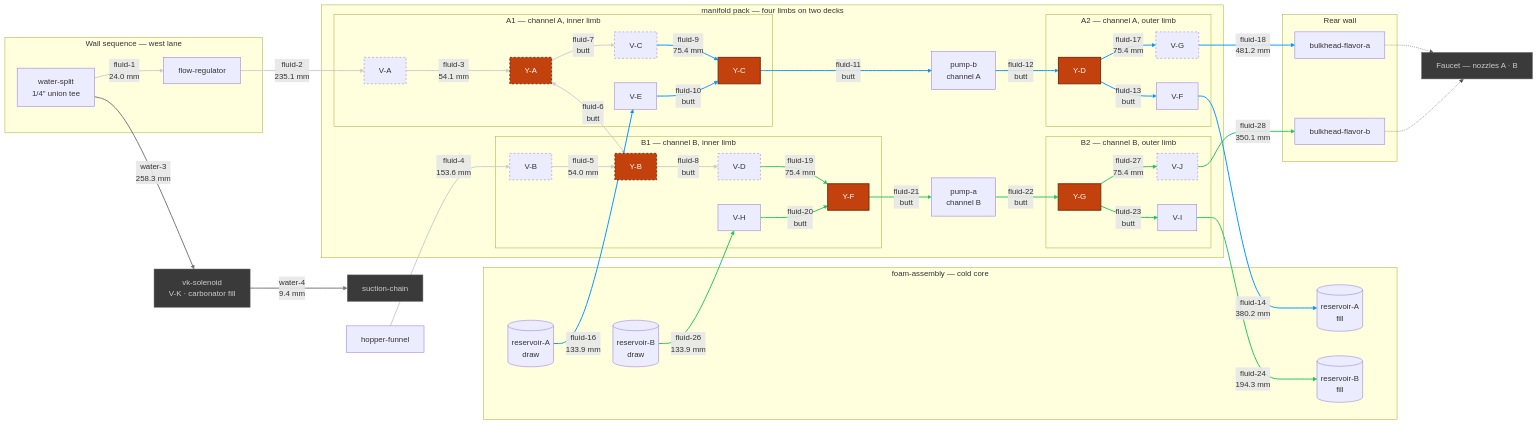
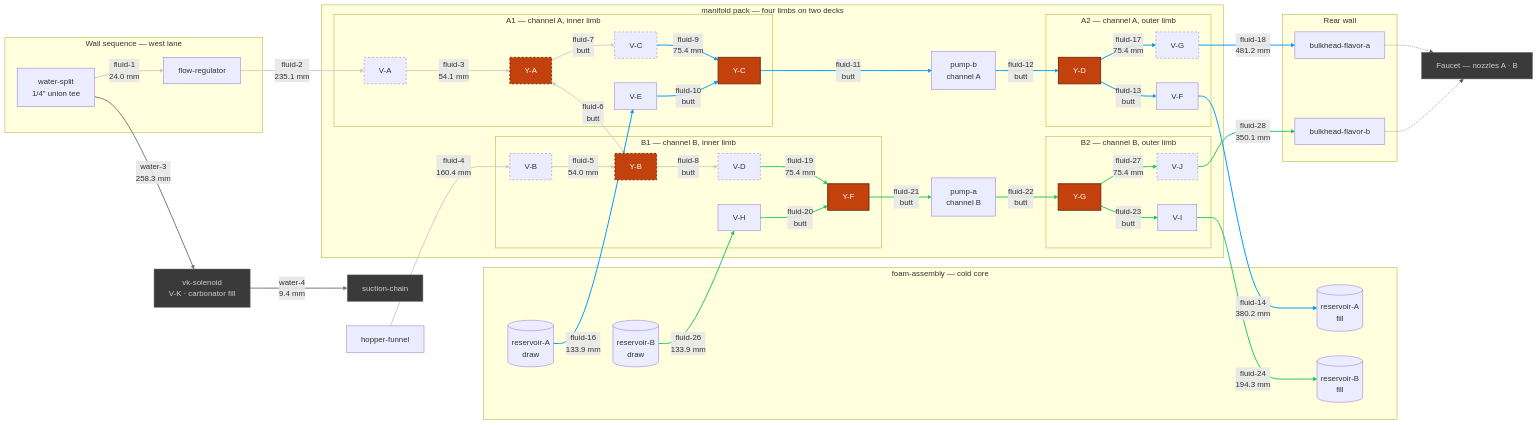
The diagram in hardware/topology/fluid-topology-manifold.mmd (derekbreden/homesodamachine), drawn with Mermaid before and after one commit. The commit also changed 38 other files, not shown here.

```diff
--- a/hardware/topology/fluid-topology-manifold.mmd
+++ b/hardware/topology/fluid-topology-manifold.mmd
@@ -14,7 +14,7 @@
   %% [26](SEGMENT_COUNT) flavor segments. [11](BUTT_COUNT) are collet butted to collet and carry
   %% no tube at all; [9](DRAWN_COUNT) are swept runs between placed bodies; the rest are the
   %% hinge's four hairpins and the source pair's two quarter-and-step turns. What is cut comes to
-  %% [2496.0 mm](FLUID_TOTAL) of 1/4" LLDPE over [44](FLUID_BENDS) corners, and the longest is
+  %% [2502.8 mm](FLUID_TOTAL) of 1/4" LLDPE over [44](FLUID_BENDS) corners, and the longest is
   %% [fluid-18](LONGEST_ID) at [481.2 mm](LONGEST_LEN). [0](OPEN_COUNT) are mouths with nothing
   %% on the far end of them: EVERY FLAVOR SEGMENT IN THIS CHART IS MADE. The hopper's gravity
   %% drain is drawn like the rest — the funnel is seated in the box rather than placed in the
@@ -117,7 +117,7 @@
   Split -->|"fluid-1<br/>24.0 mm"| FlowReg
   FlowReg -->|"fluid-2<br/>235.1 mm"| VA
   VA -->|"fluid-3<br/>54.1 mm"| YA
-  Hopper -->|"fluid-4<br/>153.6 mm"| VB
+  Hopper -->|"fluid-4<br/>160.4 mm"| VB
   VB -->|"fluid-5<br/>54.0 mm"| YB
   YA <-->|"fluid-6<br/>butt"| YB
   YA -->|"fluid-7<br/>butt"| VC
```
